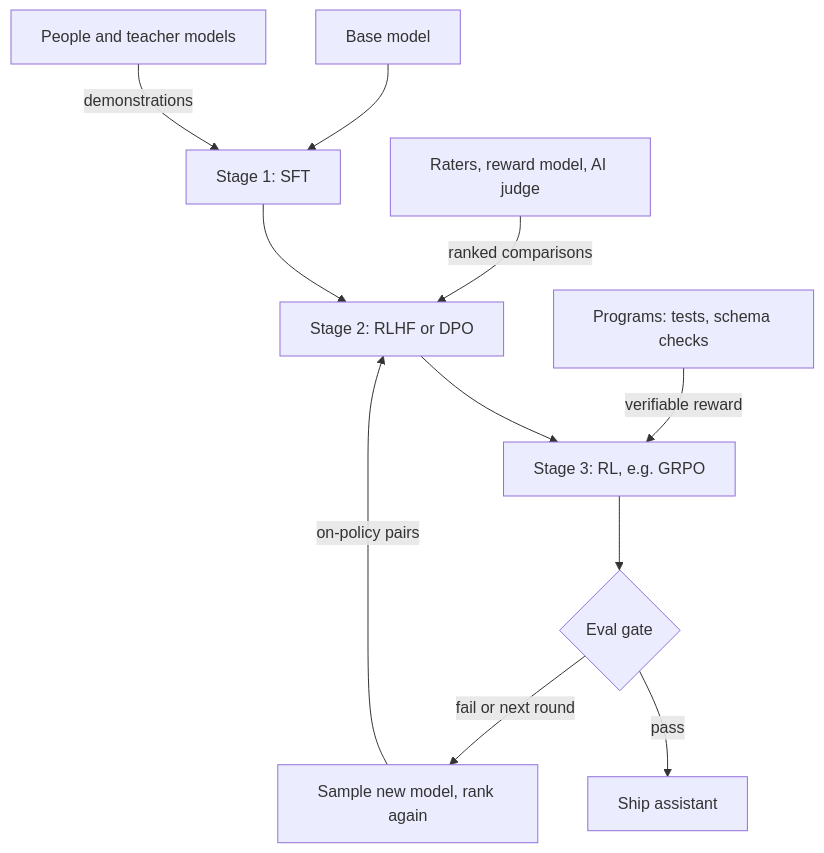
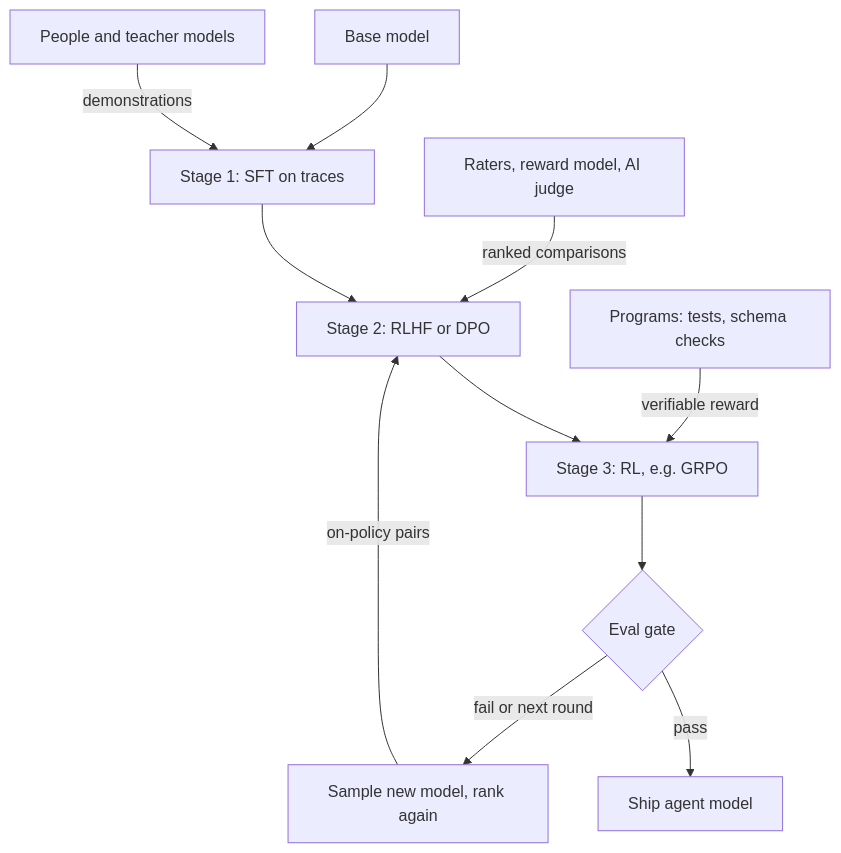
The diagram in content/training-adaptation/post-training.md (lovishmahajan97/agentic-learning), drawn with Mermaid before and after one commit. The commit also changed other lines of this file and 266 other files, not shown here.

````diff
--- a/content/training-adaptation/post-training.md
+++ b/content/training-adaptation/post-training.md
@@ -130,13 +148,13 @@
 ```mermaid
 flowchart TD
-    B["Base model"] --> SFT["Stage 1: SFT"]
+    B["Base model"] --> SFT["Stage 1: SFT on traces"]
     H["People and teacher models"] -->|"demonstrations"| SFT
     SFT --> PO["Stage 2: RLHF or DPO"]
     J["Raters, reward model, AI judge"] -->|"ranked comparisons"| PO
     PO --> RL["Stage 3: RL, e.g. GRPO"]
     V["Programs: tests, schema checks"] -->|"verifiable reward"| RL
     RL --> G{"Eval gate"}
-    G -->|"pass"| S["Ship assistant"]
+    G -->|"pass"| S["Ship agent model"]
     G -->|"fail or next round"| N["Sample new model, rank again"]
     N -->|"on-policy pairs"| PO
 ```
````
